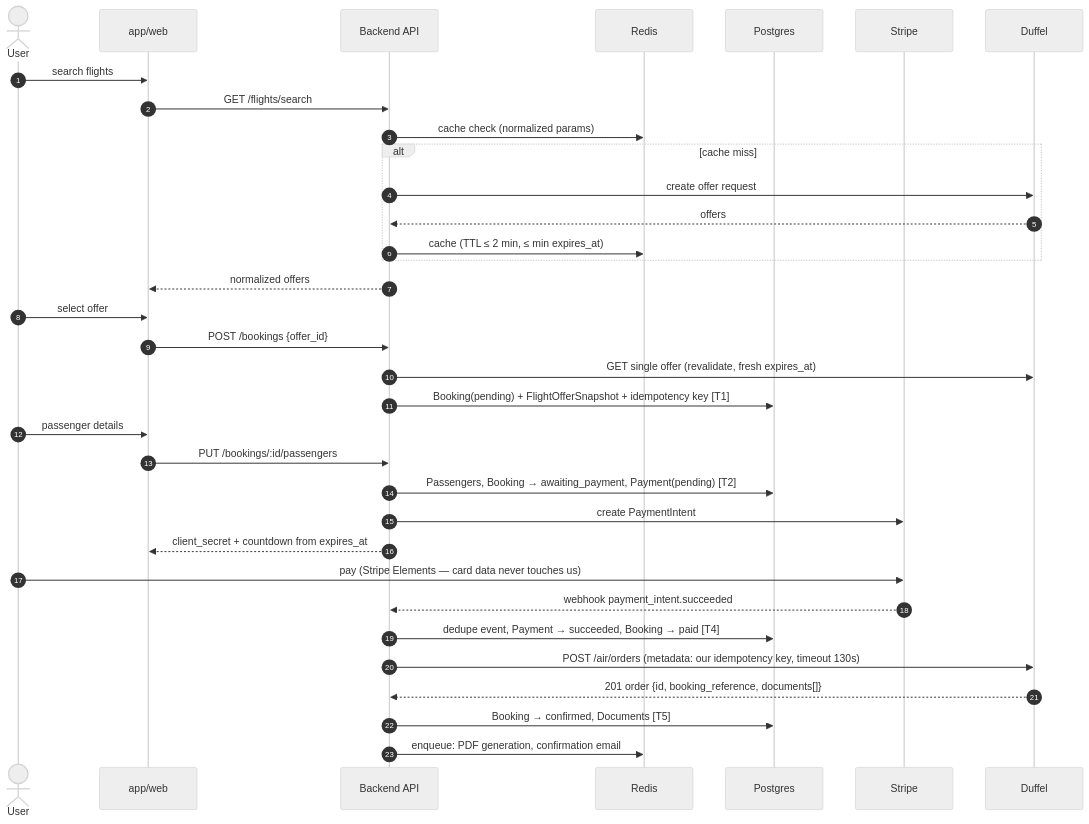
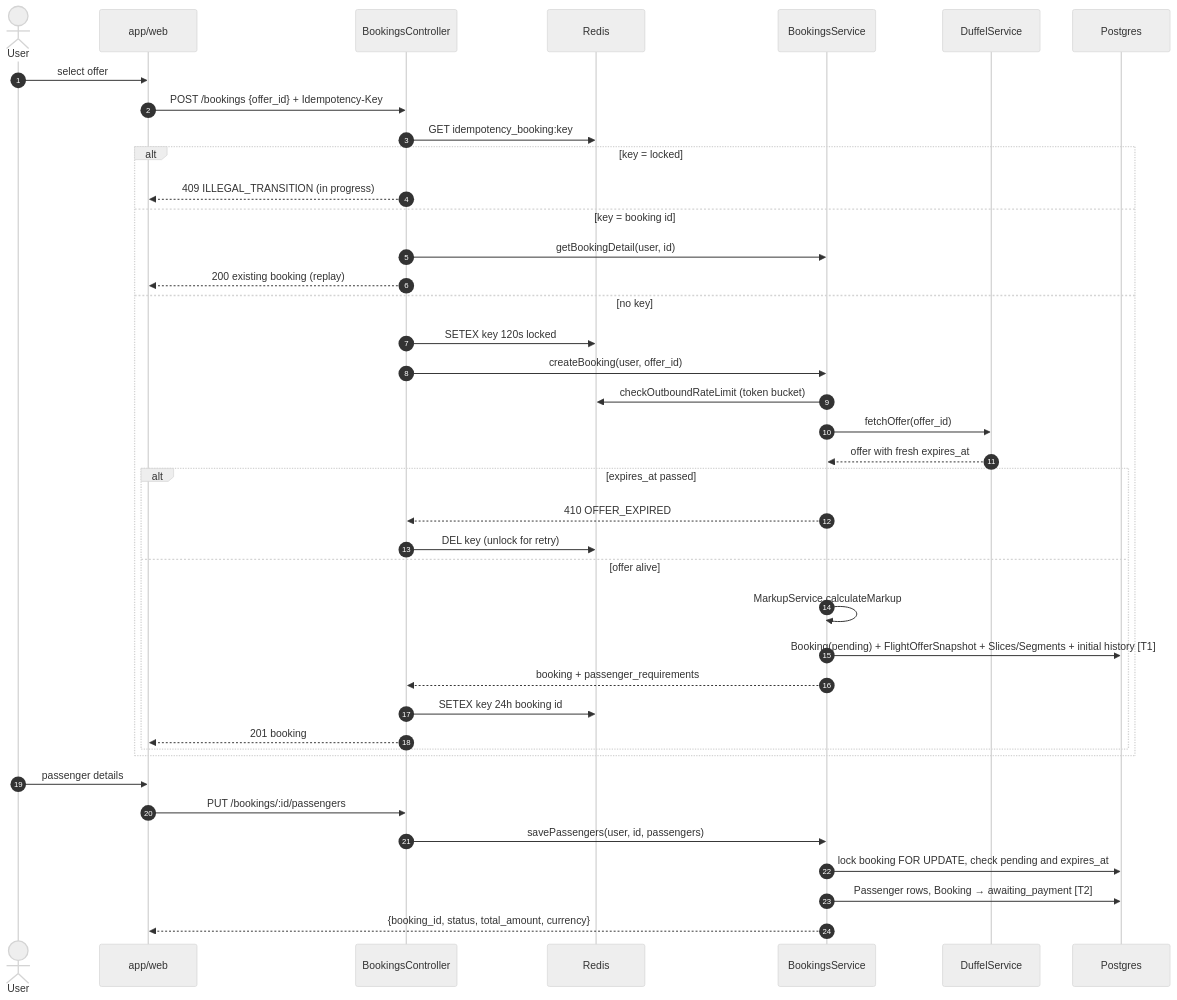
Before and after one commit to Kamel-27/travel-platform: the first of 6 diagrams in docs/sequence_diagrams.md, drawn with Mermaid (neutral theme). The commit also changed other lines of this file and 7 other files, not shown here.

````diff
--- a/docs/sequence_diagrams.md
+++ b/docs/sequence_diagrams.md
@@ -12,37 +12,43 @@
 ```mermaid
 sequenceDiagram
     autonumber
     actor U as User
     participant W as app/web
-    participant API as Backend API
+    participant C as BookingsController
     participant R as Redis
+    participant S as BookingsService
+    participant D as DuffelService
     participant DB as Postgres
-    participant S as Stripe
-    participant D as Duffel
 
-    U->>W: search flights
-    W->>API: GET /flights/search
-    API->>R: cache check (normalized params)
-    alt cache miss
-        API->>D: create offer request
-        D-->>API: offers
-        API->>R: cache (TTL ≤ 2 min, ≤ min expires_at)
+    U->>W: select offer
+    W->>C: POST /bookings {offer_id} + Idempotency-Key
+    C->>R: GET idempotency_booking:key
+    alt key = locked
+        C-->>W: 409 ILLEGAL_TRANSITION (in progress)
+    else key = booking id
+        C->>S: getBookingDetail(user, id)
+        C-->>W: 200 existing booking (replay)
+    else no key
+        C->>R: SETEX key 120s locked
+        C->>S: createBooking(user, offer_id)
+        S->>R: checkOutboundRateLimit (token bucket)
+        S->>D: fetchOffer(offer_id)
+        D-->>S: offer with fresh expires_at
+        alt expires_at passed
+            S-->>C: 410 OFFER_EXPIRED
+            C->>R: DEL key (unlock for retry)
+        else offer alive
+            S->>S: MarkupService.calculateMarkup
+            S->>DB: Booking(pending) + FlightOfferSnapshot + Slices/Segments + initial history [T1]
+            S-->>C: booking + passenger_requirements
+            C->>R: SETEX key 24h booking id
+            C-->>W: 201 booking
+        end
     end
-    API-->>W: normalized offers
-    U->>W: select offer
-    W->>API: POST /bookings {offer_id}
-    API->>D: GET single offer (revalidate, fresh expires_at)
-    API->>DB: Booking(pending) + FlightOfferSnapshot + idempotency key  [T1]
     U->>W: passenger details
-    W->>API: PUT /bookings/:id/passengers
-    API->>DB: Passengers, Booking → awaiting_payment, Payment(pending)  [T2]
-    API->>S: create PaymentIntent
-    API-->>W: client_secret + countdown from expires_at
-    U->>S: pay (Stripe Elements — card data never touches us)
-    S-->>API: webhook payment_intent.succeeded
-    API->>DB: dedupe event, Payment → succeeded, Booking → paid  [T4]
-    API->>D: POST /air/orders (metadata: our idempotency key, timeout 130s)
-    D-->>API: 201 order {id, booking_reference, documents[]}
-    API->>DB: Booking → confirmed, Documents  [T5]
-    API->>R: enqueue: PDF generation, confirmation email
+    W->>C: PUT /bookings/:id/passengers
+    C->>S: savePassengers(user, id, passengers)
+    S->>DB: lock booking FOR UPDATE, check pending and expires_at
+    S->>DB: Passenger rows, Booking → awaiting_payment [T2]
+    S-->>W: {booking_id, status, total_amount, currency}
 ```
````
